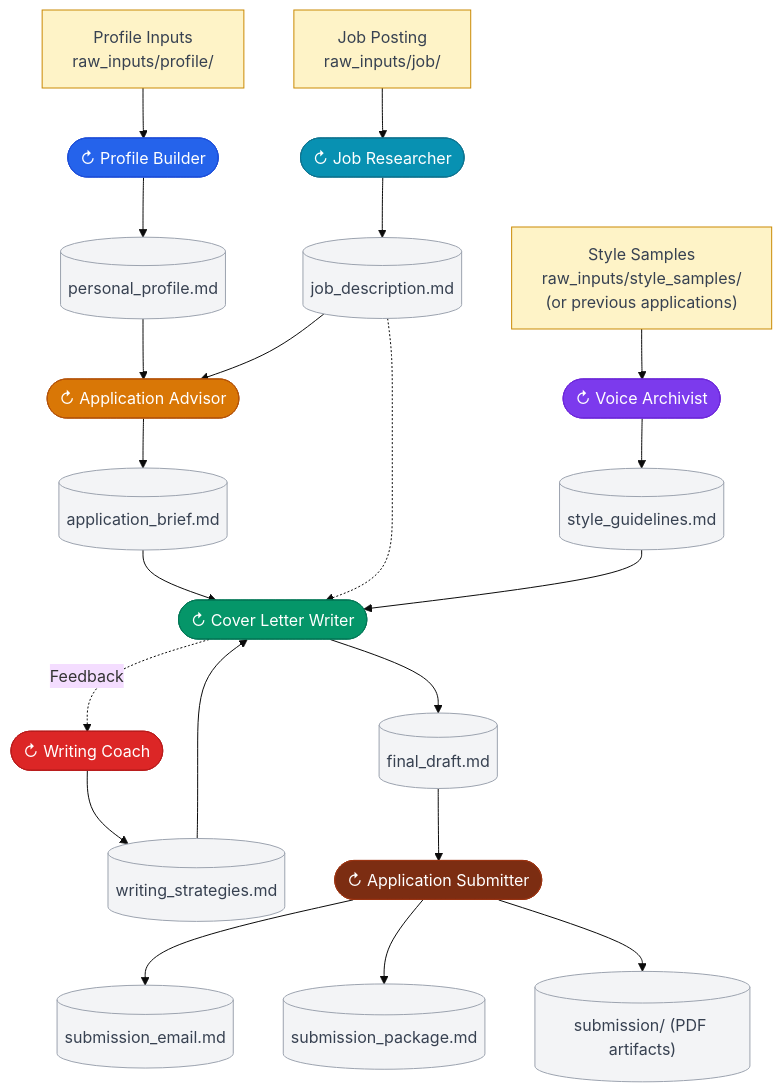
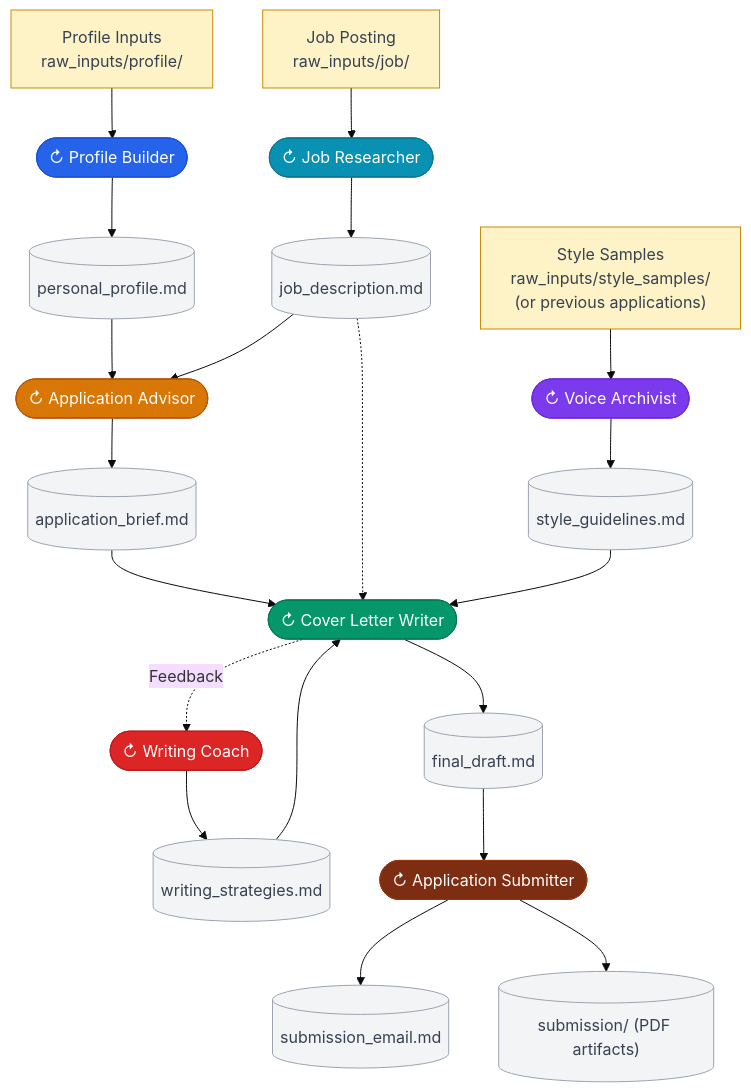
Before and after one commit to Fandy-ust/cover-letter-assistant: the first of 2 diagrams in README.md, drawn with Mermaid (base theme). The commit also changed other lines of this file and 5 other files, not shown here.

````diff
--- a/README.md
+++ b/README.md
@@ -66,46 +66,45 @@
 ```mermaid
 flowchart TD
     classDef pb  fill:#2563EB,stroke:#1D4ED8,color:#fff
     classDef se  fill:#7C3AED,stroke:#6D28D9,color:#fff
     classDef jr  fill:#0891B2,stroke:#0E7490,color:#fff
     classDef aa  fill:#D97706,stroke:#B45309,color:#fff
     classDef cw  fill:#059669,stroke:#047857,color:#fff
     classDef su  fill:#DC2626,stroke:#B91C1C,color:#fff
     classDef as  fill:#7C2D12,stroke:#9A3412,color:#fff
     classDef file  fill:#F3F4F6,stroke:#9CA3AF,color:#374151
     classDef input fill:#FEF3C7,stroke:#CA8A04,color:#374151
 
     %% One-time setup
     Personal["Profile Inputs<br>raw_inputs/profile/"]:::input --> PB
     PB(["↻  Profile Builder"]):::pb --> Profile[("personal_profile.md")]:::file
 
     Refs["Style Samples<br>raw_inputs/style_samples/<br>(or previous applications)"]:::input --> SE
     SE(["↻  Voice Archivist"]):::se --> StyleGuide[("style_guidelines.md")]:::file
     StyleHard[("writing_strategies.md")]:::file
 
     %% Job input & research
     JobInput["Job Posting<br>raw_inputs/job/"]:::input --> JR
     JR(["↻  Job Researcher"]):::jr --> JD[("job_description.md")]:::file
 
     %% Advisor Phase
     Profile --> AA
     JD --> AA
     AA(["↻  Application Advisor"]):::aa --> Brief[("application_brief.md")]:::file
 
     %% Writer Phase
     Brief --> CW
     JD -.-> CW
     StyleGuide --> CW
     StyleHard --> CW
     CW(["↻  Cover Letter Writer"]):::cw --> Draft[("final_draft.md")]:::file
 
     %% Submission Phase
     Draft --> AS
     AS(["↻  Application Submitter"]):::as --> EmailDraft[("submission_email.md")]:::file
-    AS --> Package[("submission_package.md")]:::file
     AS --> SubmissionDir[("submission/ (PDF artifacts)")]:::file
 
     %% Style Feedback Loop
     CW -.->|"Feedback"| SU
     SU(["↻  Writing Coach"]):::su --> StyleHard
 ```
````
